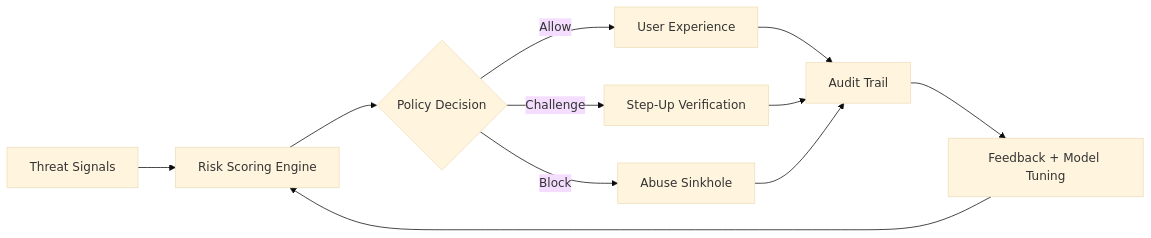
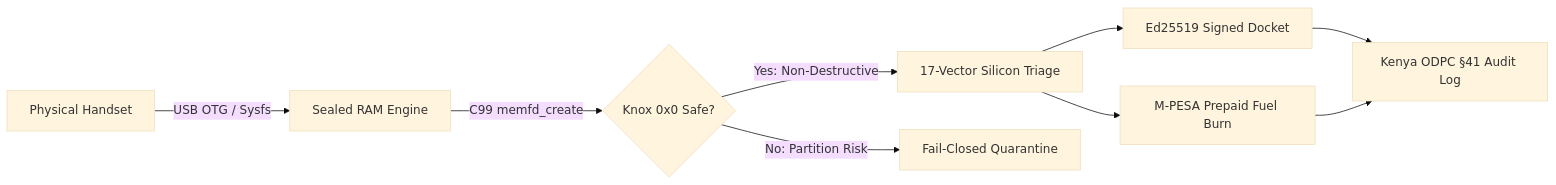
One commit to DANIELKILONZI/DANIELKILONZI changed the diagram in README.md. Above: the diagram before and after it, drawn with Mermaid (base theme). The commit also changed other lines of this file, not shown here.

Commit message:
docs: overhaul profile README to showcase Silicon Oath / Pulsewave and frontier systems engineering

````diff
--- a/README.md
+++ b/README.md
@@ -261,13 +207,11 @@
 ```mermaid
 flowchart LR
-    A[Threat Signals] --> B[Risk Scoring Engine]
-    B --> C{Policy Decision}
-    C -->|Allow| D[User Experience]
-    C -->|Challenge| E[Step-Up Verification]
-    C -->|Block| F[Abuse Sinkhole]
-    D --> G[Audit Trail]
-    E --> G
-    F --> G
-    G --> H[Feedback + Model Tuning]
-    H --> B
+    A[Physical Handset] -->|USB OTG / Sysfs| B[Sealed RAM Engine]
+    B -->|C99 memfd_create| C{Knox 0x0 Safe?}
+    C -->|Yes: Non-Destructive| D[17-Vector Silicon Triage]
+    C -->|No: Partition Risk| E[Fail-Closed Quarantine]
+    D --> F[Ed25519 Signed Docket]
+    D --> G[M-PESA Prepaid Fuel Burn]
+    F --> H[Kenya ODPC §41 Audit Log]
+    G --> H
 ```
````
